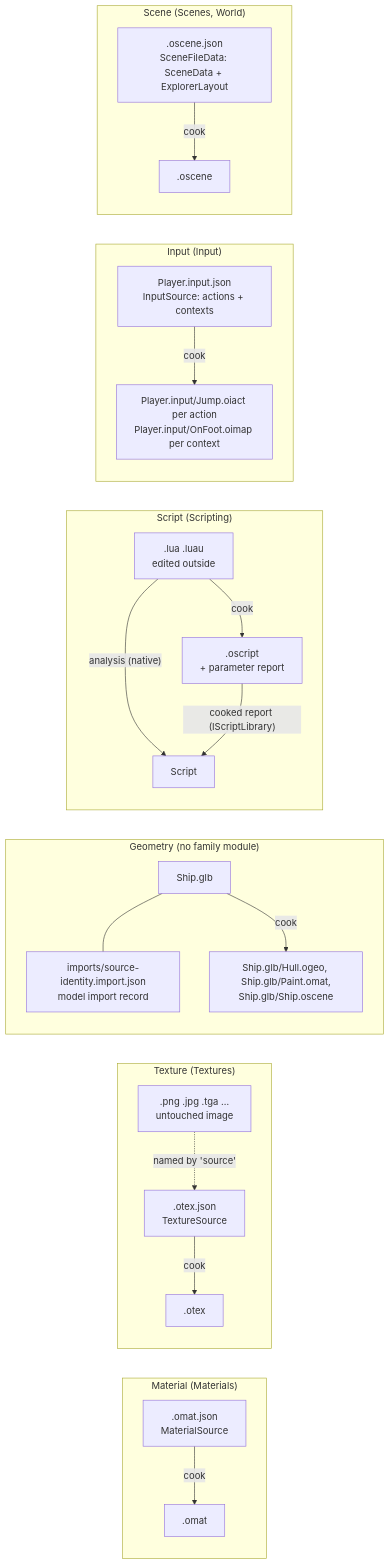
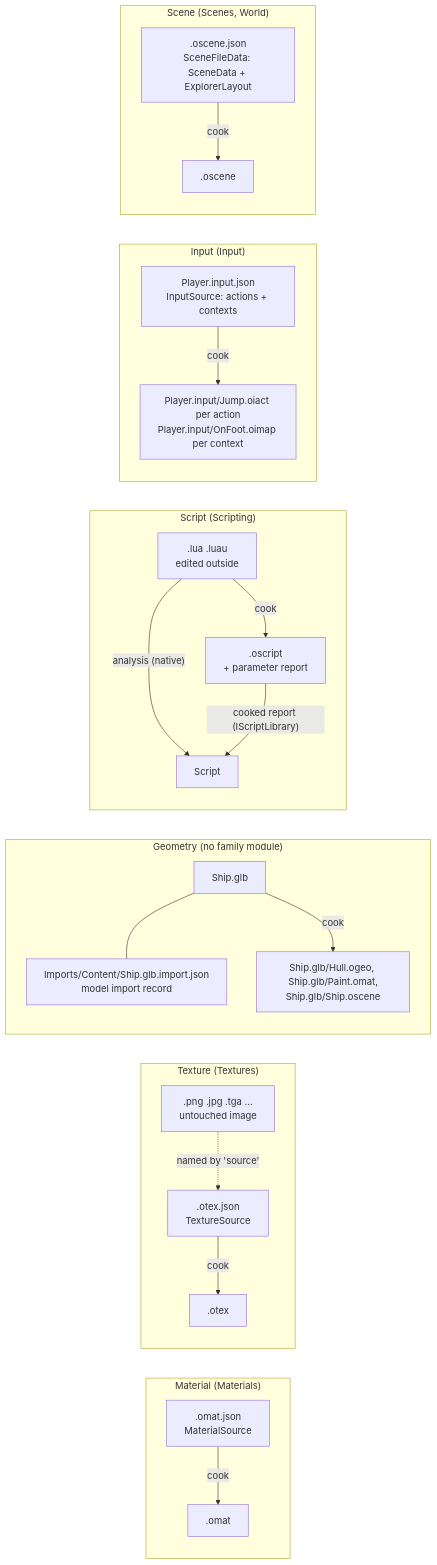
Before and after one commit to abdes/DroidNet: the second of 4 diagrams in design/editor/lld/asset-family-modules.md, drawn with Mermaid. The commit also changed other lines of this file and 817 other files, not shown here.

````diff
--- a/design/editor/lld/asset-family-modules.md
+++ b/design/editor/lld/asset-family-modules.md
@@ -318,27 +318,27 @@
 ```mermaid
 flowchart LR
     subgraph material["Material (Materials)"]
         M1[".omat.json<br/>MaterialSource"] -->|cook| M2[".omat"]
     end
     subgraph texture["Texture (Textures)"]
         T0[".png .jpg .tga …<br/>untouched image"]
         T1[".otex.json<br/>TextureSource"]
         T0 -.->|"named by 'source'"| T1
         T1 -->|cook| T2[".otex"]
     end
     subgraph geometry["Geometry (no family module)"]
-        G0["Ship.glb"] --- G1["imports/source-identity.import.json<br/>model import record"]
+        G0["Ship.glb"] --- G1["Imports/Content/Ship.glb.import.json<br/>model import record"]
         G0 -->|cook| G2["Ship.glb/Hull.ogeo, Ship.glb/Paint.omat,<br/>Ship.glb/Ship.oscene"]
     end
     subgraph script["Script (Scripting)"]
         S0[".lua .luau<br/>edited outside"] -->|"analysis (native)"| S1["Script"]
         S0 -->|cook| S2[".oscript<br/>+ parameter report"]
         S2 -->|"cooked report (IScriptLibrary)"| S1
     end
     subgraph input["Input (Input)"]
         I0["Player.input.json<br/>InputSource: actions + contexts"] -->|cook| I1["Player.input/Jump.oiact per action<br/>Player.input/OnFoot.oimap per context"]
     end
     subgraph scene["Scene (Scenes, World)"]
         SC0[".oscene.json<br/>SceneFileData: SceneData + ExplorerLayout"] -->|cook| SC1[".oscene"]
     end
 ```
````
